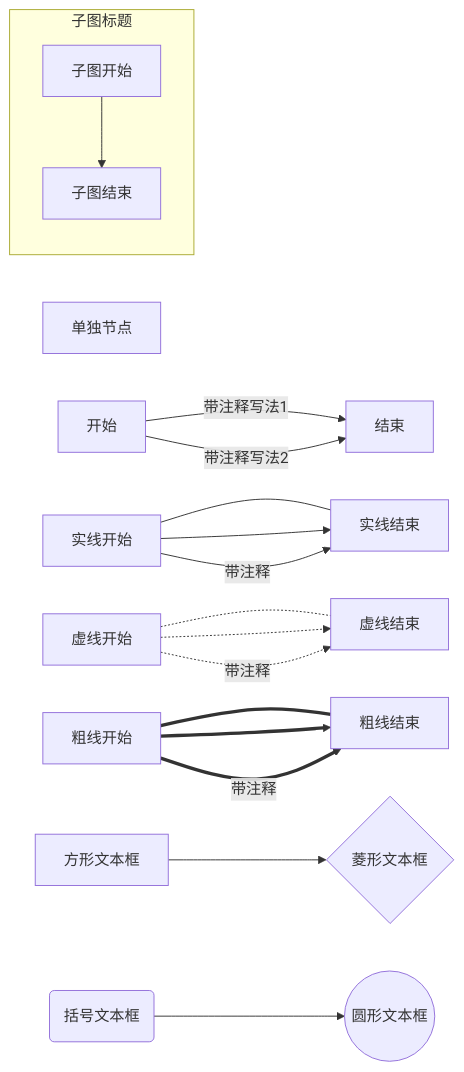
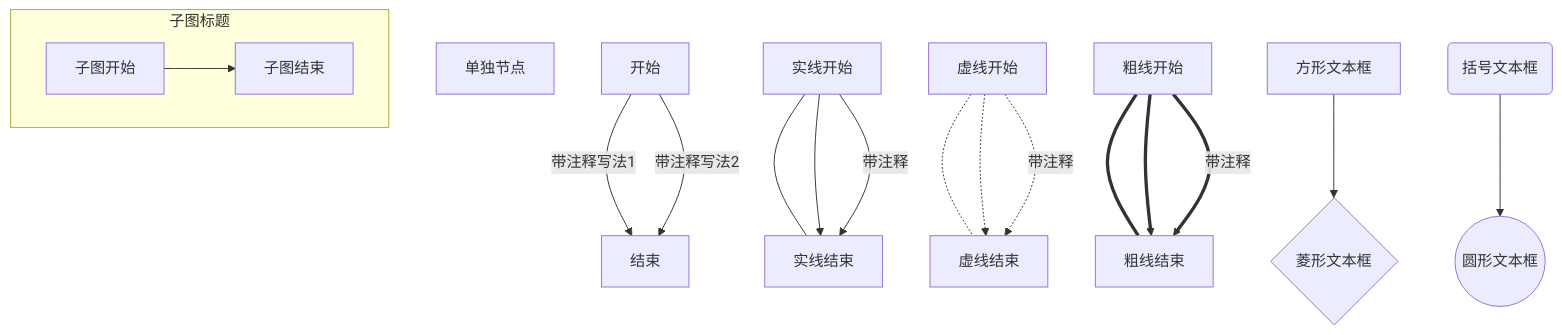
One commit to YuanyaTianchi/yuanyatianchi.github.io changed the first of 6 diagrams in content/post/tool.MD.md. Above: the diagram before and after it, drawn with Mermaid. The commit also changed 13 other files, not shown here.

````diff
--- a/content/post/tool.MD.md
+++ b/content/post/tool.MD.md
@@ -67,20 +67,20 @@
 ```mermaid
-graph LR
+graph TB
   单独节点
   开始 -- 带注释写法1 --> 结束
   开始 -->|带注释写法2| 结束
   实线开始 --- 实线结束
   实线开始 --> 实线结束
   实线开始 -->|带注释| 实线结束
   虚线开始 -.- 虚线结束
   虚线开始 -.-> 虚线结束
   虚线开始 -.->|带注释| 虚线结束
   粗线开始 === 粗线结束
   粗线开始 ==> 粗线结束
   粗线开始 ==>|带注释| 粗线结束
   subgraph 子图标题
     子图开始 --> 子图结束
   end
   节点1[方形文本框] --> 节点2{菱形文本框}
   节点3(括号文本框) --> 节点4((圆形文本框))
 ```
````
